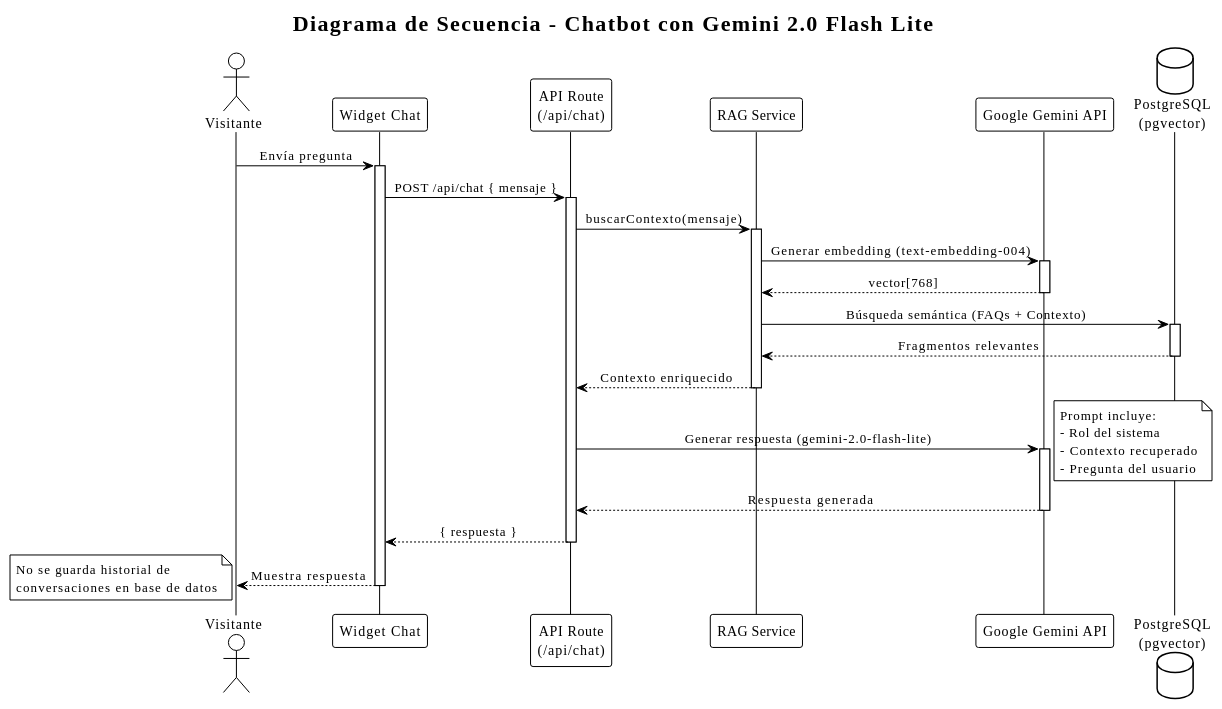
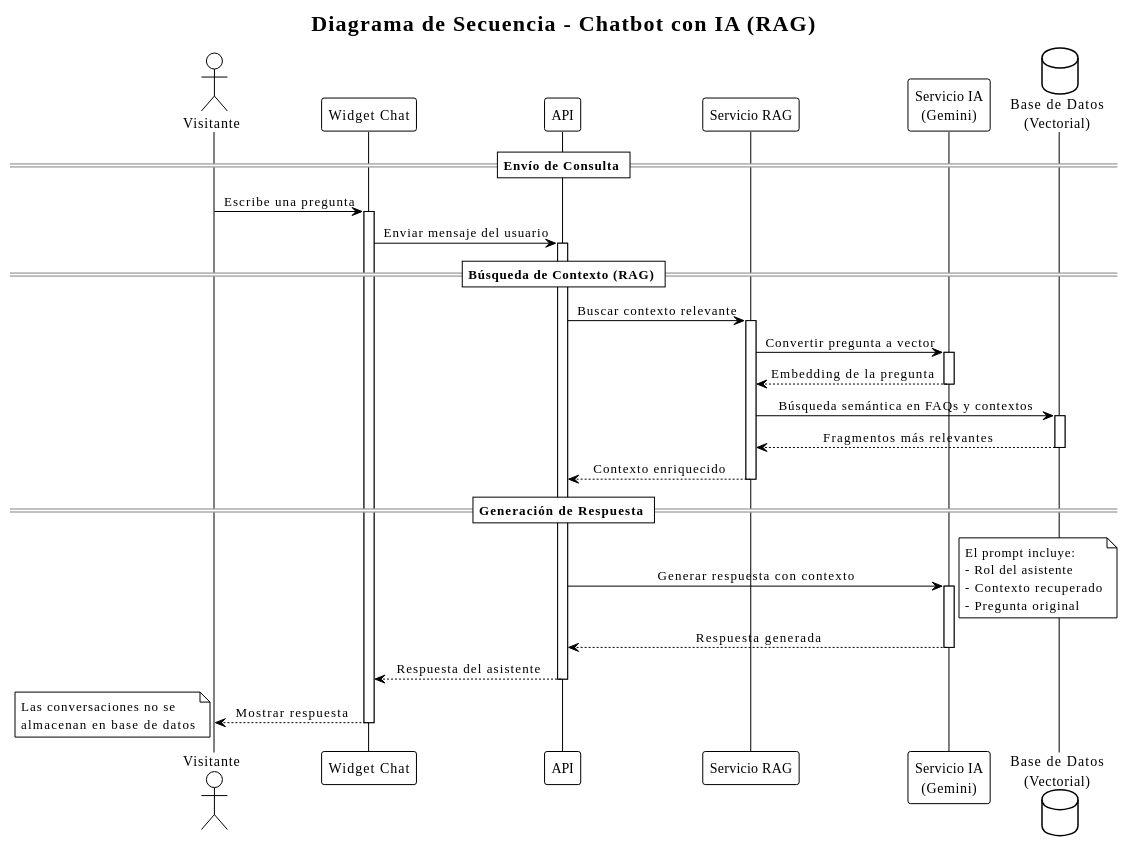
The fourth of 10 diagrams in DIAGRAMAS_UML.md (RDaniloMM/dental-company), drawn with PlantUML before and after one commit. The commit also changed other lines of this file, not shown here.

Commit message:
Actualizar diagramas de secuencia: mejorar títulos, descripciones y formato en la recuperación de contraseña, interacción con chatbot y registro con código de invitación.

````diff
--- a/DIAGRAMAS_UML.md
+++ b/DIAGRAMAS_UML.md
@@ -423,61 +427,67 @@
 ```plantuml
 @startuml Secuencia_Chatbot_Gemini
 !theme plain
 skinparam sequenceMessageAlign center
 
-title Diagrama de Secuencia - Chatbot con Gemini 2.0 Flash Lite
+title Diagrama de Secuencia - Chatbot con IA (RAG)
 
 actor "Visitante" as User
 participant "Widget Chat" as Widget
-participant "API Route\n(/api/chat)" as API
-participant "RAG Service" as RAG
-participant "Google Gemini API" as Gemini
-database "PostgreSQL\n(pgvector)" as DB
+participant "API" as API
+participant "Servicio RAG" as RAG
+participant "Servicio IA\n(Gemini)" as Gemini
+database "Base de Datos\n(Vectorial)" as DB
 
-User -> Widget: Envía pregunta
+== Envío de Consulta ==
+
+User -> Widget: Escribe una pregunta
 activate Widget
 
-Widget -> API: POST /api/chat { mensaje }
+Widget -> API: Enviar mensaje del usuario
 activate API
 
-API -> RAG: buscarContexto(mensaje)
+== Búsqueda de Contexto (RAG) ==
+
+API -> RAG: Buscar contexto relevante
 activate RAG
 
-RAG -> Gemini: Generar embedding (text-embedding-004)
+RAG -> Gemini: Convertir pregunta a vector
 activate Gemini
-Gemini --> RAG: vector[768]
+Gemini --> RAG: Embedding de la pregunta
 deactivate Gemini
 
-RAG -> DB: Búsqueda semántica (FAQs + Contexto)
+RAG -> DB: Búsqueda semántica en FAQs y contextos
 activate DB
-DB --> RAG: Fragmentos relevantes
+DB --> RAG: Fragmentos más relevantes
 deactivate DB
 
 RAG --> API: Contexto enriquecido
 deactivate RAG
 
-API -> Gemini: Generar respuesta (gemini-2.0-flash-lite)
+== Generación de Respuesta ==
+
+API -> Gemini: Generar respuesta con contexto
+activate Gemini
 note right
-  Prompt incluye:
-  - Rol del sistema
+  El prompt incluye:
+  - Rol del asistente
   - Contexto recuperado
-  - Pregunta del usuario
+  - Pregunta original
 end note
-activate Gemini
 
 Gemini --> API: Respuesta generada
 deactivate Gemini
 
-API --> Widget: { respuesta }
+API --> Widget: Respuesta del asistente
 deactivate API
 
-Widget --> User: Muestra respuesta
+Widget --> User: Mostrar respuesta
 deactivate Widget
 
 note bottom
-  No se guarda historial de
-  conversaciones en base de datos
+  Las conversaciones no se
+  almacenan en base de datos
 end note
 
 @enduml
 ```
````
